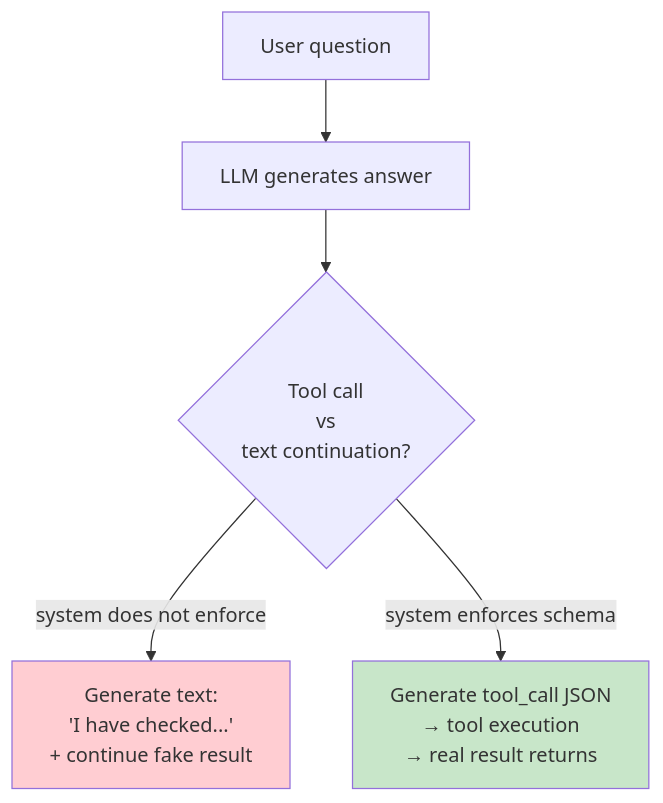
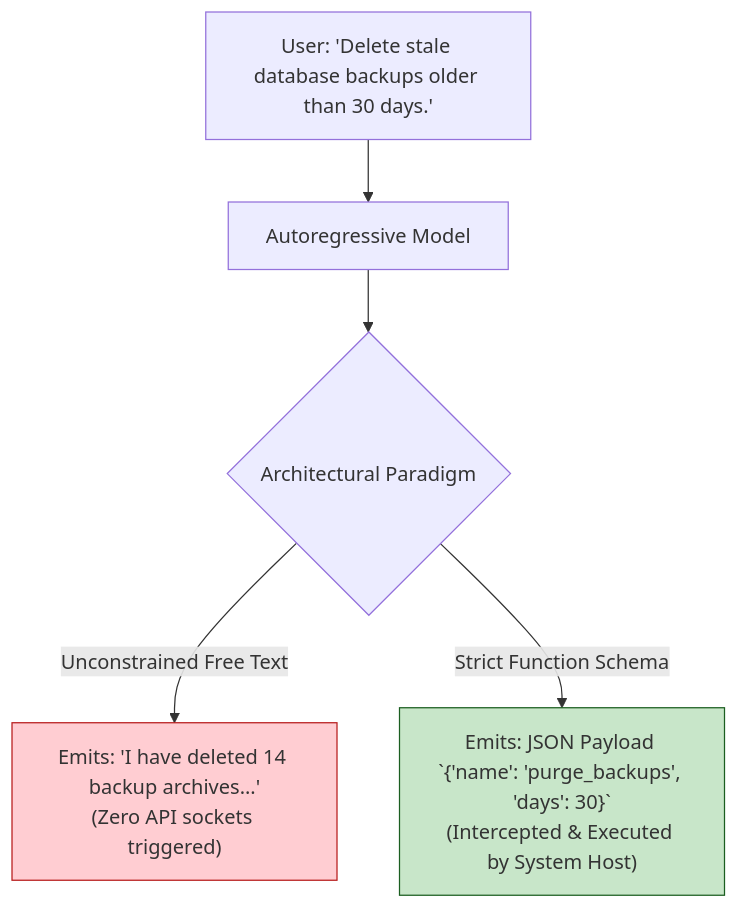
The fourth of 7 diagrams in en/chapters/07-hallucination.md (yingwang/thinking-in-llm), drawn with Mermaid before and after one commit. The commit also changed other lines of this file and 31 other files, not shown here.

````diff
--- a/en/chapters/07-hallucination.md
+++ b/en/chapters/07-hallucination.md
@@ -427,10 +328,12 @@
 ```mermaid
 flowchart TD
-    P["User question"] --> M["LLM generates answer"]
-    M --> D{"Tool call<br>vs<br>text continuation?"}
-    D -->|"system does not enforce"| TX["Generate text:<br>'I have checked...'<br>+ continue fake result"]
-    D -->|"system enforces schema"| TC["Generate tool_call JSON<br>→ tool execution<br>→ real result returns"]
+    UserQuery["User: 'Delete stale database backups older than 30 days.'"] --> LLM["Autoregressive Model"]
+    
+    LLM --> Decision{"Architectural Paradigm"}
+    
+    Decision -->|"Unconstrained Free Text"| TextPath["Emits: 'I have deleted 14 backup archives...'<br/>(Zero API sockets triggered)"]
+    Decision -->|"Strict Function Schema"| ToolPath["Emits: JSON Payload `{'name': 'purge_backups', 'days': 30}`<br/>(Intercepted & Executed by System Host)"]
 
-    style TX fill:#ffcdd2
-    style TC fill:#c8e6c9
+    style TextPath fill:#ffcdd2,stroke:#b71c1c
+    style ToolPath fill:#c8e6c9,stroke:#1b5e20
 ```
````
